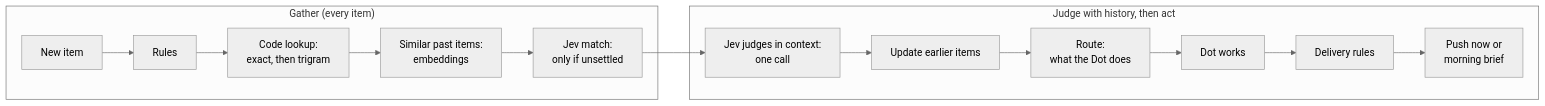
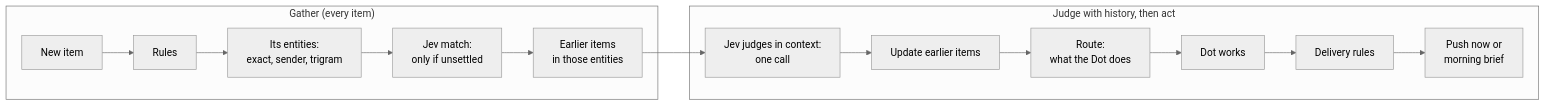
One commit to BCalitz/OpenDots changed the diagram in docs/DISCOVERY.md. Above: the diagram before and after it, drawn with Mermaid (neutral theme). The commit also changed other lines of this file and 22 other files, not shown here.

````diff
--- a/docs/DISCOVERY.md
+++ b/docs/DISCOVERY.md
@@ -14,17 +14,17 @@
 ```mermaid
 flowchart LR
   subgraph Gather["Gather (every item)"]
     New[New item] --> Rules[Rules]
-    Rules --> Lookup[Code lookup:<br/>exact, then trigram]
-    Lookup --> Similar[Similar past items:<br/>embeddings]
-    Similar --> Match[Jev match:<br/>only if unsettled]
+    Rules --> Lookup[Its entities:<br/>exact, sender, trigram]
+    Lookup --> Match[Jev match:<br/>only if unsettled]
+    Match --> Facts[Earlier items<br/>in those entities]
   end
   subgraph Act["Judge with history, then act"]
     Judge[Jev judges in context:<br/>one call] --> Update[Update earlier items]
     Update --> Route[Route:<br/>what the Dot does]
     Route --> Dot[Dot works]
     Dot --> Deliver[Delivery rules]
     Deliver --> You[Push now or<br/>morning brief]
   end
-  Match --> Judge
+  Facts --> Judge
 ```
````
